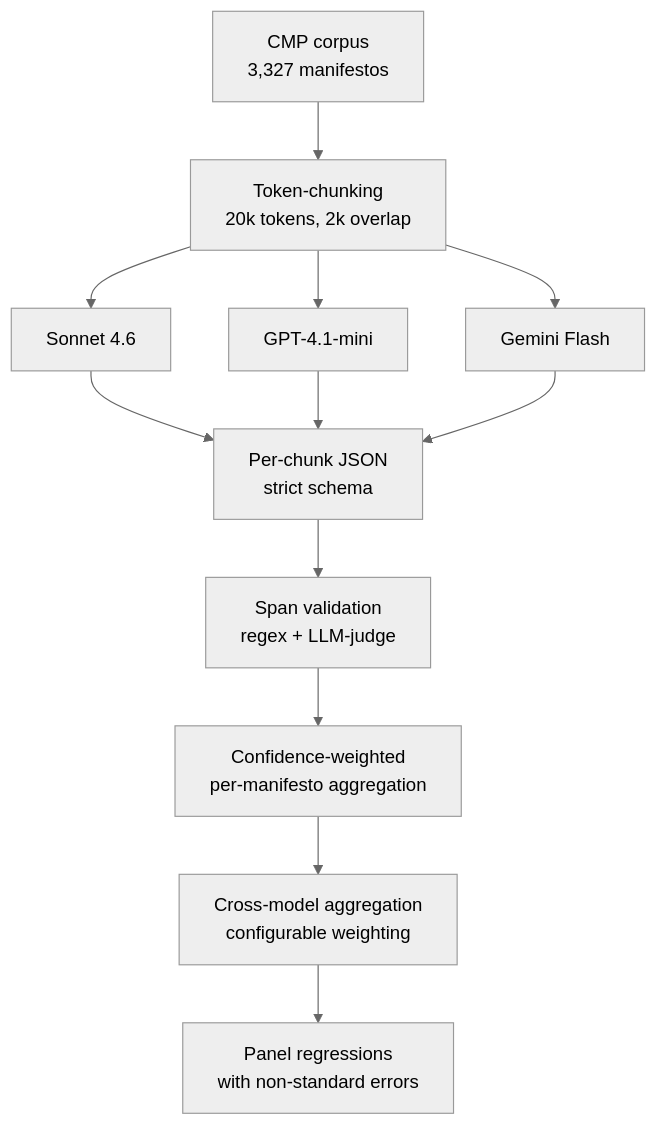
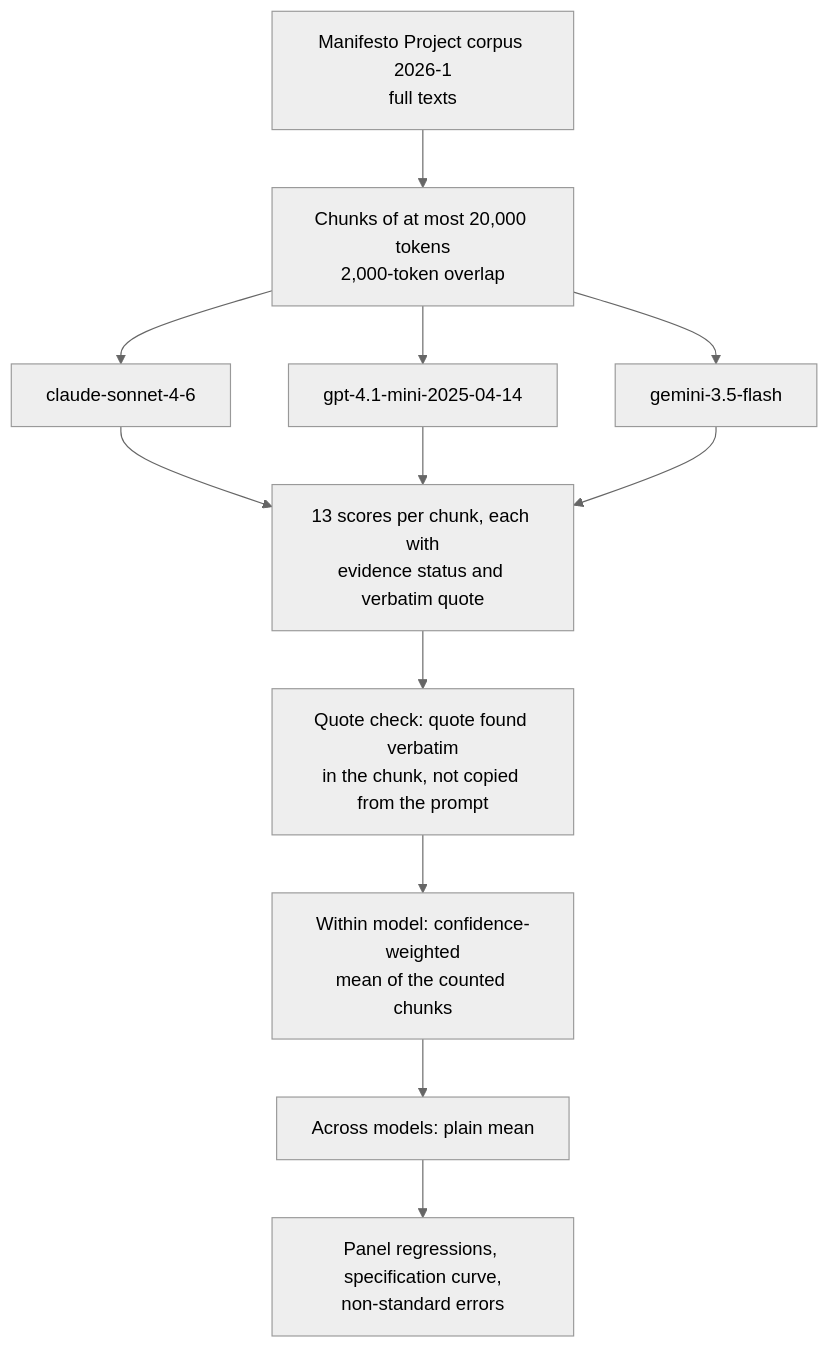
One commit to sstoeckl/populism-llm changed the diagram in methodology.qmd. Above: the diagram before and after it, drawn with Mermaid (neutral theme). The commit also changed other lines of this file and 43 other files, not shown here.

````diff
--- a/methodology.qmd
+++ b/methodology.qmd
@@ -18,15 +14,15 @@
 ```{mermaid}
 %%| fig-width: 7
 flowchart TB
-    A[CMP corpus<br/>3,327 manifestos] --> B[Token-chunking<br/>20k tokens, 2k overlap]
-    B --> C1[Sonnet 4.6]
-    B --> C2[GPT-4.1-mini]
-    B --> C3[Gemini Flash]
-    C1 --> D[Per-chunk JSON<br/>strict schema]
+    A[Manifesto Project corpus 2026-1<br/>full texts] --> B[Chunks of at most 20,000 tokens<br/>2,000-token overlap]
+    B --> C1[claude-sonnet-4-6]
+    B --> C2[gpt-4.1-mini-2025-04-14]
+    B --> C3[gemini-3.5-flash]
+    C1 --> D[13 scores per chunk, each with<br/>evidence status and verbatim quote]
     C2 --> D
     C3 --> D
-    D --> E[Span validation<br/>regex + LLM-judge]
-    E --> F[Confidence-weighted<br/>per-manifesto aggregation]
-    F --> G[Cross-model aggregation<br/>configurable weighting]
-    G --> H[Panel regressions<br/>with non-standard errors]
+    D --> E[Quote check: quote found verbatim<br/>in the chunk, not copied from the prompt]
+    E --> F[Within model: confidence-weighted<br/>mean of the counted chunks]
+    F --> G[Across models: plain mean]
+    G --> H[Panel regressions, specification curve,<br/>non-standard errors]
 ```
````
